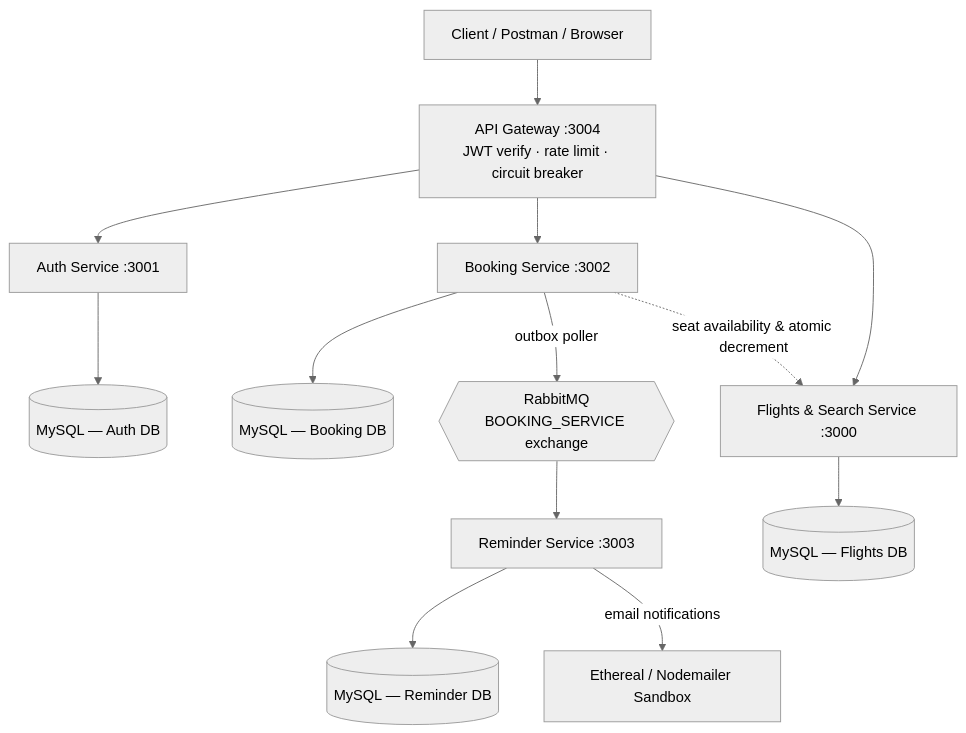
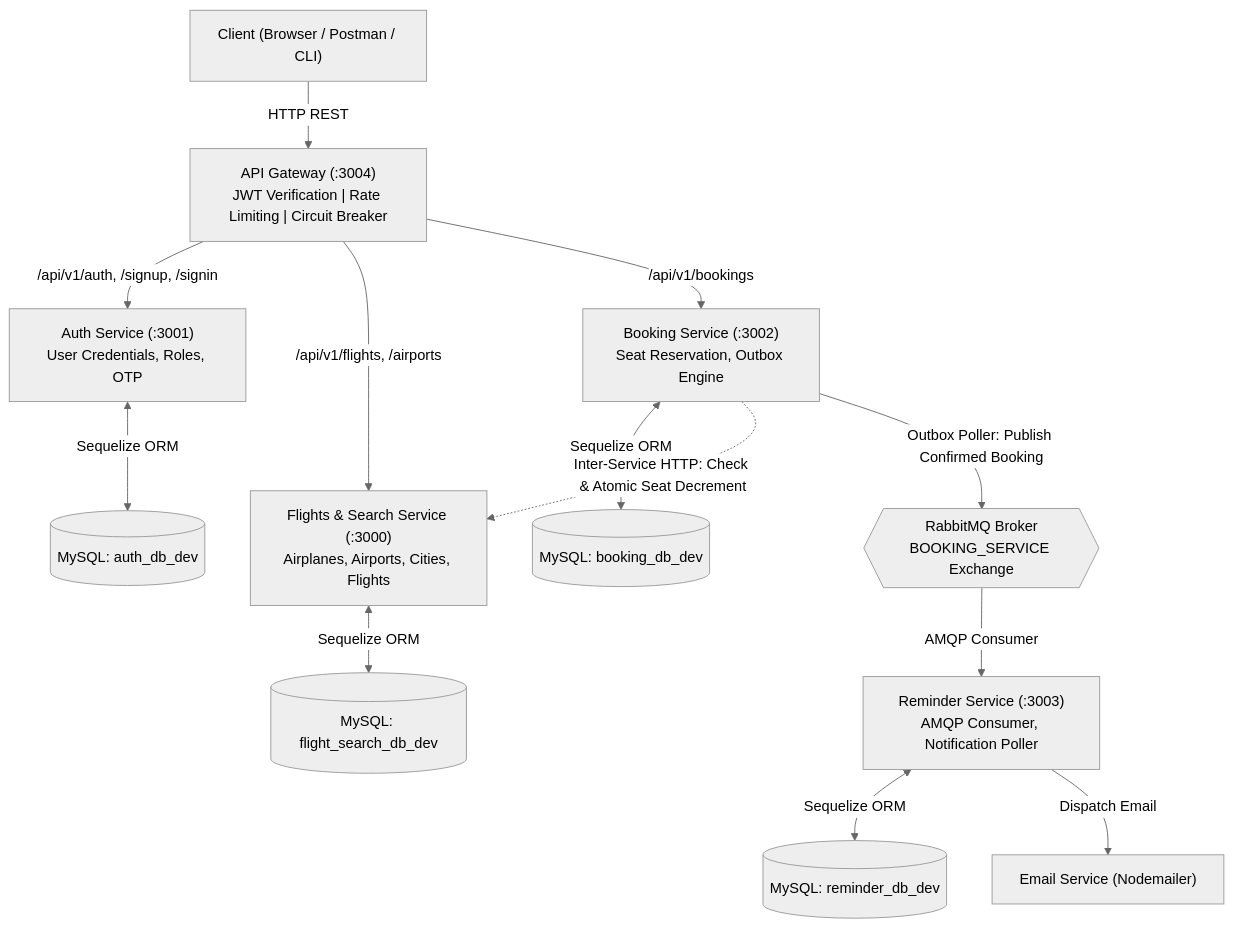
One commit to Rohit-hub-coder/airline-management-system changed the first of 2 diagrams in README.md. Above: the diagram before and after it, drawn with Mermaid (neutral theme). The commit also changed other lines of this file and 4 other files, not shown here.

````diff
--- a/README.md
+++ b/README.md
@@ -57,27 +55,33 @@
 ```mermaid
 graph TD
-    Client[Client / Postman / Browser]
-    GW["API Gateway :3004<br/>JWT verify · rate limit · circuit breaker"]
-    Auth["Auth Service :3001"]
-    Booking["Booking Service :3002"]
-    Flights["Flights & Search Service :3000"]
-    Reminder["Reminder Service :3003"]
-    AuthDB[(MySQL — Auth DB)]
-    BookingDB[(MySQL — Booking DB)]
-    ReminderDB[(MySQL — Reminder DB)]
-    FlightDB[(MySQL — Flights DB)]
-    MQ{{RabbitMQ<br/>BOOKING_SERVICE exchange}}
+    Client["Client (Browser / Postman / CLI)"]
+    GW["API Gateway (:3004)<br/>JWT Verification | Rate Limiting | Circuit Breaker"]
+    
+    Auth["Auth Service (:3001)<br/>User Credentials, Roles, OTP"]
+    Flights["Flights & Search Service (:3000)<br/>Airplanes, Airports, Cities, Flights"]
+    Booking["Booking Service (:3002)<br/>Seat Reservation, Outbox Engine"]
+    Reminder["Reminder Service (:3003)<br/>AMQP Consumer, Notification Poller"]
 
-    Client --> GW
-    GW --> Auth
-    GW --> Booking
-    GW --> Flights
-    Auth --> AuthDB
-    Flights --> FlightDB
-    Booking --> BookingDB
-    Booking -->|outbox poller| MQ
-    Booking -.->|seat availability & atomic decrement| Flights
-    MQ --> Reminder
-    Reminder --> ReminderDB
-    Reminder -->|email notifications| Ethereal[Ethereal / Nodemailer Sandbox]
+    AuthDB[("MySQL: auth_db_dev")]
+    FlightDB[("MySQL: flight_search_db_dev")]
+    BookingDB[("MySQL: booking_db_dev")]
+    ReminderDB[("MySQL: reminder_db_dev")]
+
+    RabbitMQ{{"RabbitMQ Broker<br/>BOOKING_SERVICE Exchange"}}
+    SMTP["Email Service (Nodemailer)"]
+
+    Client -->|HTTP REST| GW
+    GW -->|/api/v1/auth, /signup, /signin| Auth
+    GW -->|/api/v1/flights, /airports| Flights
+    GW -->|/api/v1/bookings| Booking
+
+    Auth <-->|Sequelize ORM| AuthDB
+    Flights <-->|Sequelize ORM| FlightDB
+    Booking <-->|Sequelize ORM| BookingDB
+    Reminder <-->|Sequelize ORM| ReminderDB
+
+    Booking -.->|Inter-Service HTTP: Check & Atomic Seat Decrement| Flights
+    Booking -->|Outbox Poller: Publish Confirmed Booking| RabbitMQ
+    RabbitMQ -->|AMQP Consumer| Reminder
+    Reminder -->|Dispatch Email| SMTP
 ```
````
